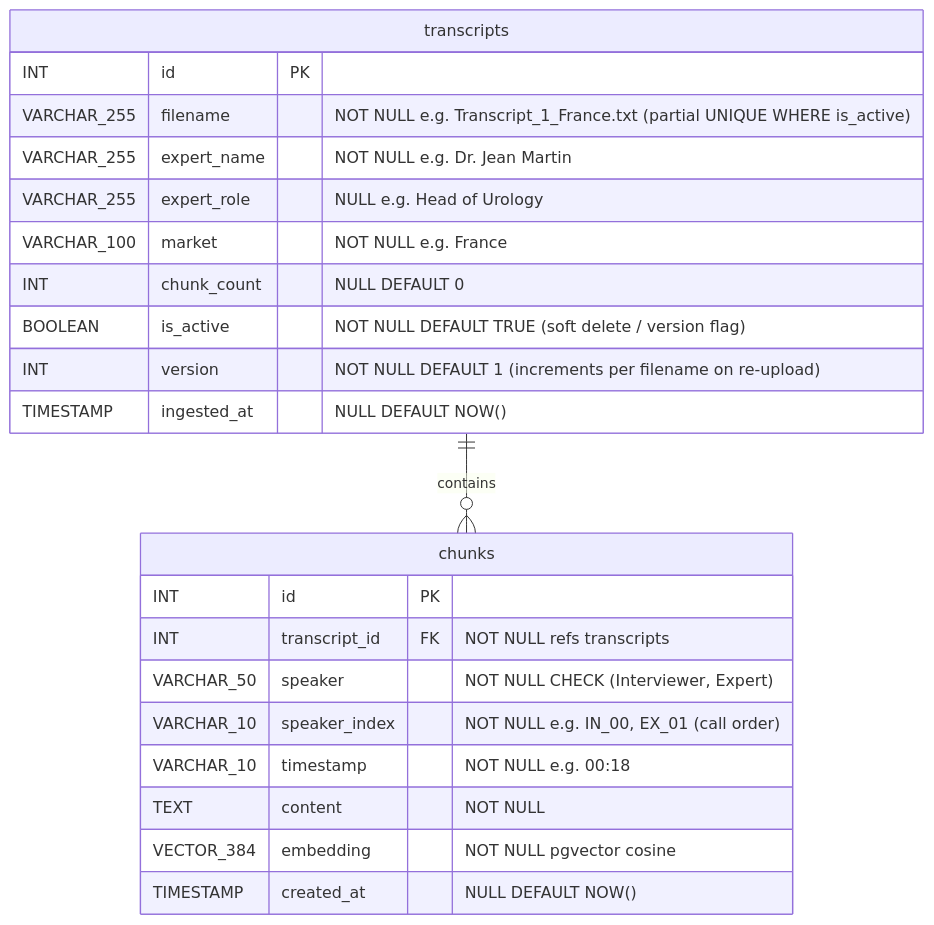
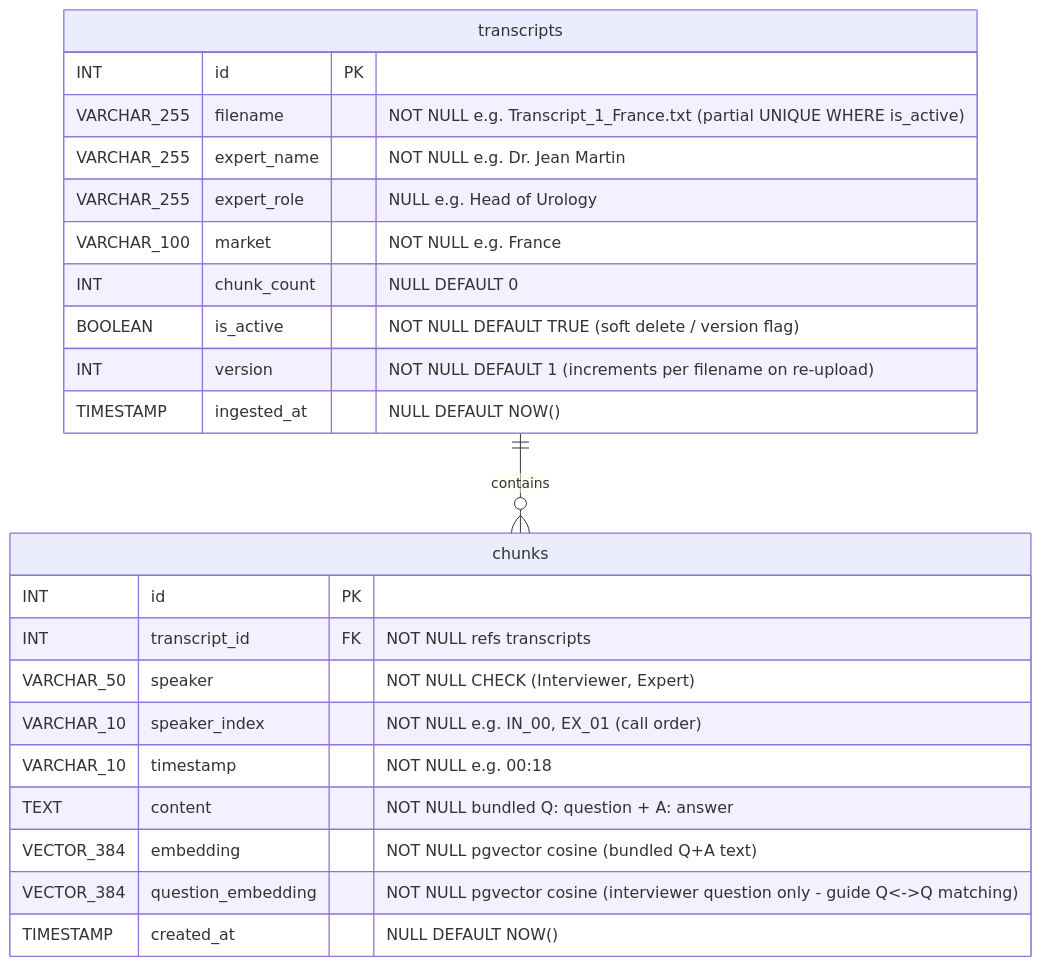
The diagram in design/er_diagram.mmd (prathick24/Hasamex-RAG-Based-ChatBot-Backend), drawn with Mermaid before and after one commit. The commit also changed 42 other files, not shown here.

```diff
--- a/design/er_diagram.mmd
+++ b/design/er_diagram.mmd
@@ -1,26 +1,27 @@
 erDiagram
 
     transcripts {
         INT id PK
         VARCHAR_255 filename "NOT NULL e.g. Transcript_1_France.txt (partial UNIQUE WHERE is_active)"
         VARCHAR_255 expert_name "NOT NULL e.g. Dr. Jean Martin"
         VARCHAR_255 expert_role "NULL e.g. Head of Urology"
         VARCHAR_100 market "NOT NULL e.g. France"
         INT chunk_count "NULL DEFAULT 0"
         BOOLEAN is_active "NOT NULL DEFAULT TRUE (soft delete / version flag)"
         INT version "NOT NULL DEFAULT 1 (increments per filename on re-upload)"
         TIMESTAMP ingested_at "NULL DEFAULT NOW()"
     }
 
     chunks {
         INT id PK
         INT transcript_id FK "NOT NULL refs transcripts"
         VARCHAR_50 speaker "NOT NULL CHECK (Interviewer, Expert)"
         VARCHAR_10 speaker_index "NOT NULL e.g. IN_00, EX_01 (call order)"
         VARCHAR_10 timestamp "NOT NULL e.g. 00:18"
-        TEXT content "NOT NULL"
-        VECTOR_384 embedding "NOT NULL pgvector cosine"
+        TEXT content "NOT NULL bundled Q: question + A: answer"
+        VECTOR_384 embedding "NOT NULL pgvector cosine (bundled Q+A text)"
+        VECTOR_384 question_embedding "NOT NULL pgvector cosine (interviewer question only - guide Q<->Q matching)"
         TIMESTAMP created_at "NULL DEFAULT NOW()"
     }
 
     transcripts ||--o{ chunks : "contains"
```
